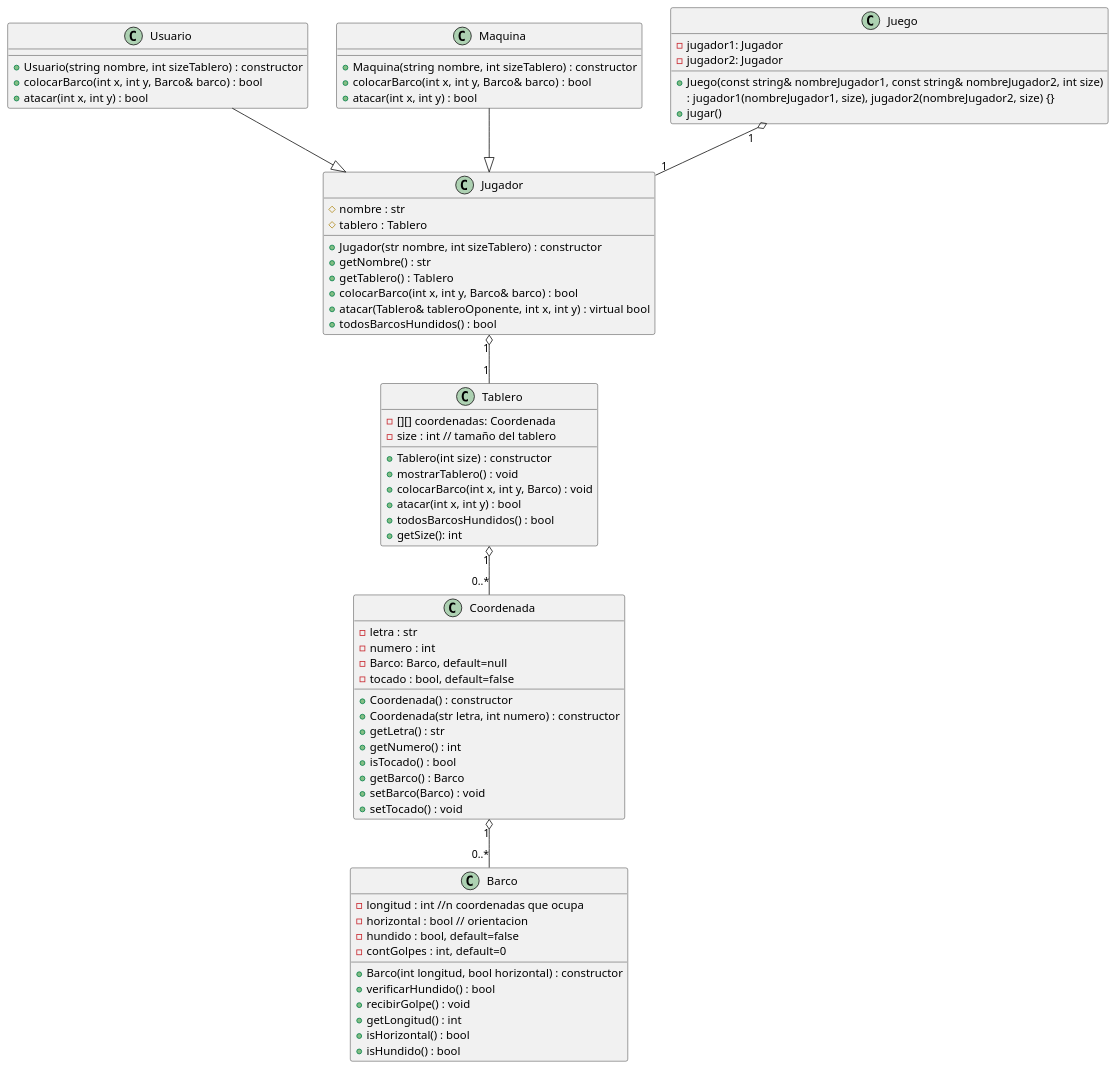
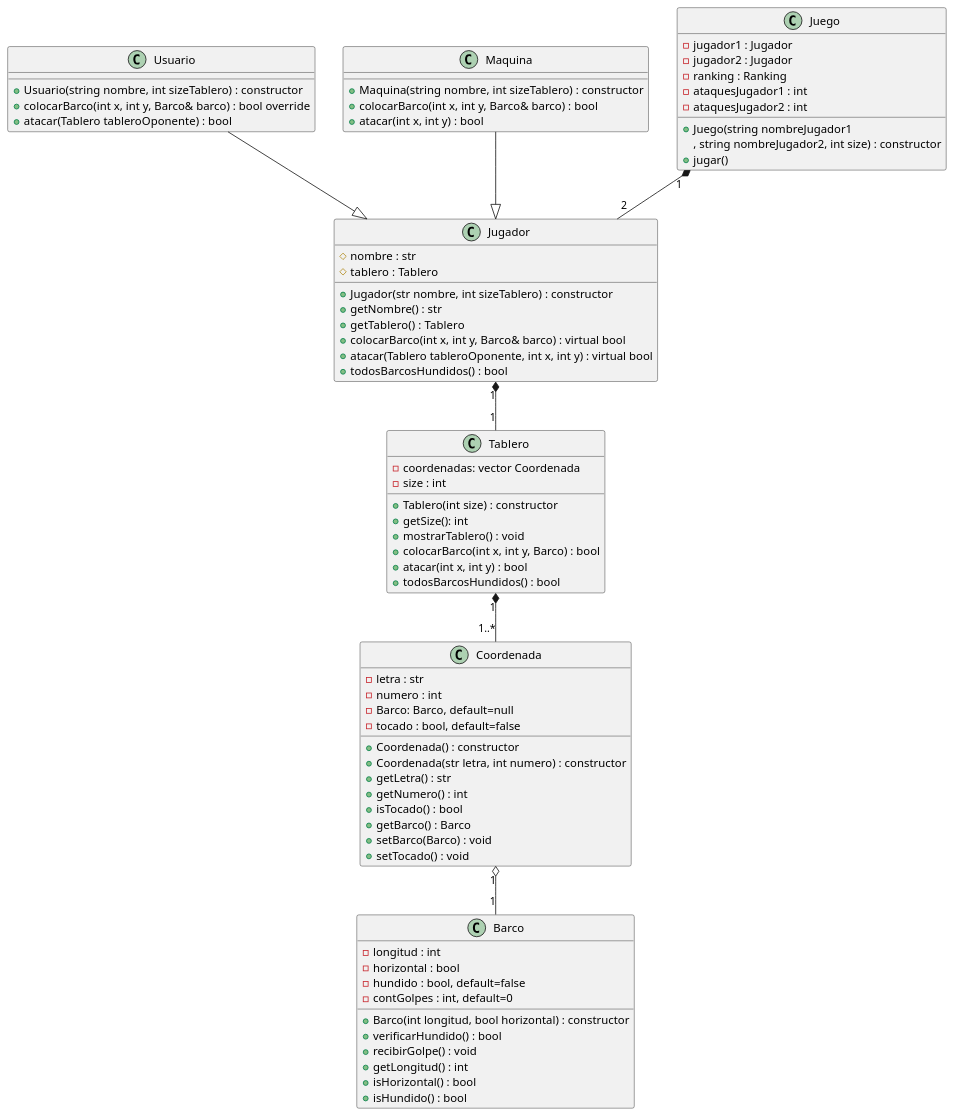
Before and after one commit to santiago6124/ProyectoFinalProg2: the diagram in docs/diagram_v-review.wsd, drawn with PlantUML.

Commit message:
diagram update 1

```diff
--- a/docs/diagram_v-review.wsd
+++ b/docs/diagram_v-review.wsd
@@ -1,113 +1,116 @@
 @startuml
 
 ' -			private
 ' #			protected
 ' ~			package private
 ' +			public
 
 class Tablero {
-    - [][] coordenadas: Coordenada
-    - size : int // tamaño del tablero
+    - coordenadas: vector Coordenada
+    - size : int
+        ' // tamaño del tablero
     + Tablero(int size) : constructor
         '   -> inicializa objetos Coordenada en coordenadas
+    + getSize(): int
+        '   -> return size
     + mostrarTablero() : void
         '   -> mostrarTablero: imprime el tablero, validando: coord.getBarco(), coord.isTocado()
-    + colocarBarco(int x, int y, Barco) : void
+    + colocarBarco(int x, int y, Barco) : bool
         '   -> Coordenas.setBarco, ¿¿¿ barco.agregarCoordenada ???
     + atacar(int x, int y) : bool
         '   -> Coordenas.setBarco, coord.setTocado(true), coord.getBarco()->recibirGolpe()
     + todosBarcosHundidos() : bool
         '   -> return all barco.isHundido()
-    + getSize(): int
-        '   -> return size
 }
 
 class Coordenada {
     - letra : str
     - numero : int
     - Barco: Barco, default=null
     - tocado : bool, default=false
     + Coordenada() : constructor
         '   
     + Coordenada(str letra, int numero) : constructor
         '   -> letra_, numero_
     + getLetra() : str
         '   -> return letra
     + getNumero() : int
         '   -> return numero
     + isTocado() : bool
         '   -> return tocado
     + getBarco() : Barco
         '   -> return barco
     + setBarco(Barco) : void
         '   -> this->barco = barco
     + setTocado() : void
         '   -> this->tocado = tocado
 }
 
-Tablero "1" o-- "0..*" Coordenada
+Tablero "1" *-- "1..*" Coordenada
 
 class Barco {
-    - longitud : int //n coordenadas que ocupa
-    - horizontal : bool // orientacion
+    - longitud : int
+        ' n coordenadas que ocupa
+    - horizontal : bool 
+        ' orientacion
     - hundido : bool, default=false
     - contGolpes : int, default=0
     + Barco(int longitud, bool horizontal) : constructor
         '   -> longitud_, horizontal_
     + verificarHundido() : bool
         '   -> return contGolpes == longitud
     + recibirGolpe() : void
         '   -> contGolpes++, validar si hundido asignar = true
     + getLongitud() : int
         '   -> return longitud
     + isHorizontal() : bool
         '   -> return horizontal
     + isHundido() : bool
         '   -> return hundido
-
 }
 
-Coordenada "1" o-- "0..*" Barco
+Coordenada "1" o-- "1" Barco
 
 class Jugador {
     # nombre : str
     # tablero : Tablero
-    ' - [] barcos : Barco
-    ' - [] disparos : Coordenada
     + Jugador(str nombre, int sizeTablero) : constructor
         '   -> nombre_, sizeTablero_
     + getNombre() : str
     + getTablero() : Tablero
-    + colocarBarco(int x, int y, Barco& barco) : bool
-    + atacar(Tablero& tableroOponente, int x, int y) : virtual bool
+    + colocarBarco(int x, int y, Barco& barco) : virtual bool
+    + atacar(Tablero tableroOponente, int x, int y) : virtual bool
     + todosBarcosHundidos() : bool
 }
 
 class Usuario {
     + Usuario(string nombre, int sizeTablero) : constructor
-    + colocarBarco(int x, int y, Barco& barco) : bool
-    + atacar(int x, int y) : bool
+    + colocarBarco(int x, int y, Barco& barco) : bool override
+    + atacar(Tablero tableroOponente) : bool
 }
 
 class Maquina {
     + Maquina(string nombre, int sizeTablero) : constructor
     + colocarBarco(int x, int y, Barco& barco) : bool
     + atacar(int x, int y) : bool
 }
 
 Usuario --|> Jugador
 Maquina --|> Jugador
 
-Jugador "1" o-- "1" Tablero
+Jugador "1" *-- "1" Tablero
 
 class Juego {
-    - jugador1: Jugador
-    - jugador2: Jugador
-    + Juego(const string& nombreJugador1, const string& nombreJugador2, int size)
-        : jugador1(nombreJugador1, size), jugador2(nombreJugador2, size) {}
+    - jugador1 : Jugador
+    - jugador2 : Jugador
+    - ranking : Ranking
+    - ataquesJugador1 : int
+    - ataquesJugador2 : int
+    + Juego(string nombreJugador1
+        , string nombreJugador2, int size) : constructor
     + jugar()
 }
 
-Juego "1" o-- "1" Jugador
+Juego "1" *-- "2" Jugador
 
 @enduml
```
